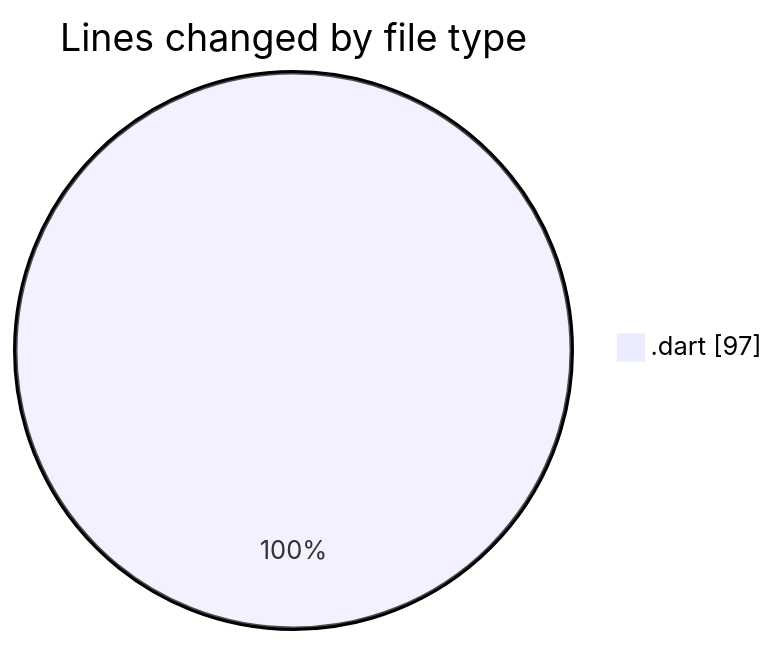
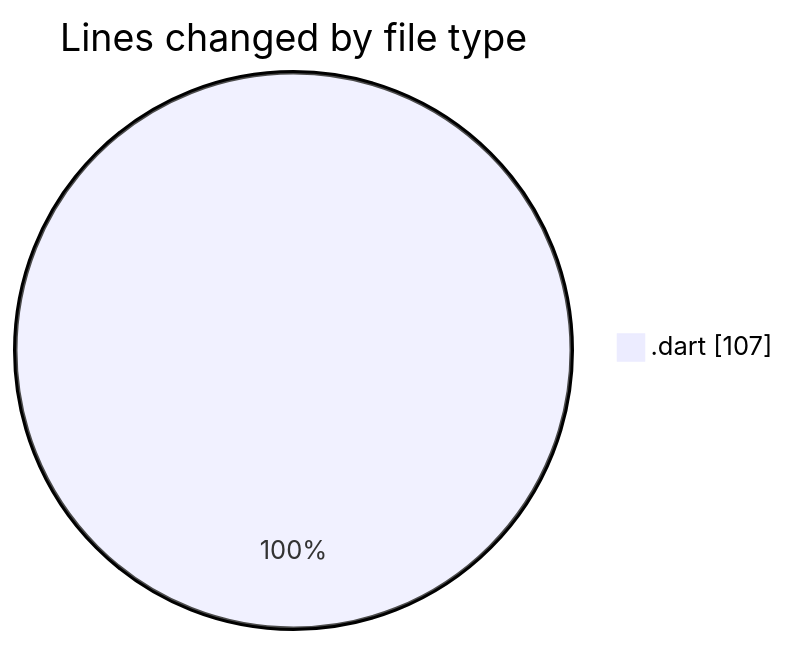
One commit to donsfak/code-tracking changed the first of 2 diagrams in 2025-03-25/wordle/README.md. Above: the diagram before and after it, drawn with Mermaid. The commit also changed other lines of this file and 1 other file, not shown here.

````diff
--- a/2025-03-25/wordle/README.md
+++ b/2025-03-25/wordle/README.md
@@ -22,5 +22,5 @@
 ```mermaid
 pie showData
 title Lines changed by file type
-".dart" : 97
+".dart" : 107
 ```
````
